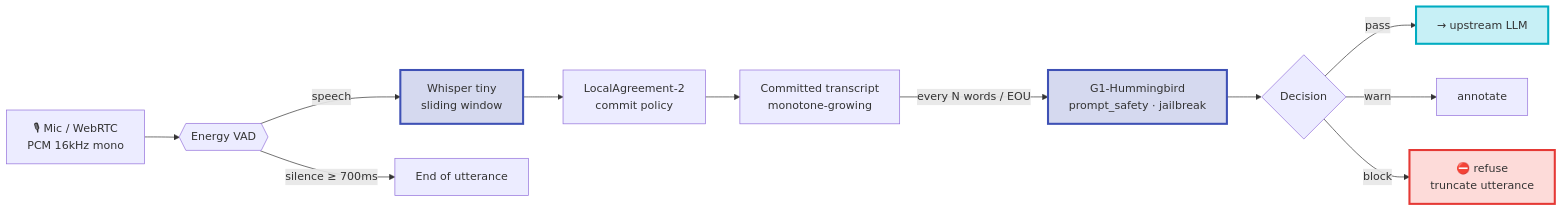
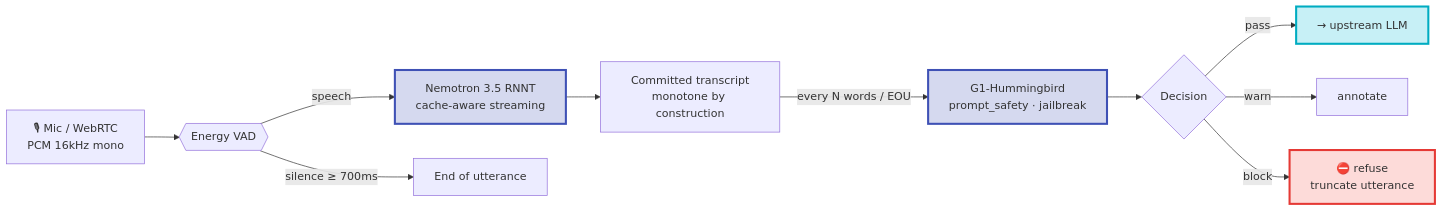
The diagram in docs/g1-proxy/audio-input.md (geodesia-ai/geodesia-docs), drawn with Mermaid before and after one commit. The commit also changed other lines of this file and 16 other files, not shown here.

Commit message:
docs: G1 Eval (endpoint, façades, call log export), reference check (schema 1.1), detection and XAI updates, SLEDGE-Next, thinking levels and installer for 1.0.10, release notes 0.4.3 → 1.0.10

````diff
--- a/docs/g1-proxy/audio-input.md
+++ b/docs/g1-proxy/audio-input.md
@@ -160,22 +160,21 @@
 ```mermaid
 flowchart LR
     M[🎙 Mic / WebRTC<br/>PCM 16kHz mono] --> V{{Energy VAD}}
-    V -->|speech| W[Whisper tiny<br/>sliding window]
+    V -->|speech| W[Nemotron 3.5 RNNT<br/>cache-aware streaming]
     V -->|silence ≥ 700ms| EOU[End of utterance]
-    W --> LA[LocalAgreement-2<br/>commit policy]
-    LA --> T[Committed transcript<br/>monotone-growing]
+    W --> T[Committed transcript<br/>monotone by construction]
     T -->|every N words / EOU| G[G1-Hummingbird<br/>prompt_safety · jailbreak]
     G --> D{Decision}
     D -->|pass| U[→ upstream LLM]
     D -->|warn| A[annotate]
     D -->|block| X[⛔ refuse<br/>truncate utterance]
     %% Tinte chiare, mai fondi pieni: il colore del testo non e' nostro da
     %% scegliere (vedi la nota in stylesheets/extra.css), quindi il fondo deve
     %% restare vicino a quello della pagina in entrambi i temi.
     classDef gdCore  fill:#3f51b538,stroke:#3f51b5,stroke-width:3px
     classDef gdOut   fill:#00bcd438,stroke:#00acc1,stroke-width:3px
     classDef gdBlock fill:#f4433630,stroke:#e53935,stroke-width:3px
     class W,G gdCore
     class U gdOut
     class X gdBlock
 ```
````
